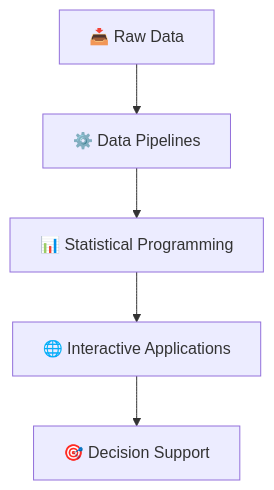
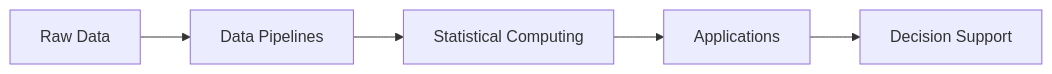
The diagram in README.md (jeanmendes-dev/jeanmendes-dev), drawn with Mermaid before and after one commit. The commit also changed other lines of this file, not shown here.

````diff
--- a/README.md
+++ b/README.md
@@ -35,14 +32,7 @@
 ```mermaid
-flowchart TD
-
-A["📥 Raw Data"]
-B["⚙️ Data Pipelines"]
-C["📊 Statistical Programming"]
-D["🌐 Interactive Applications"]
-E["🎯 Decision Support"]
-
-A --> B
-B --> C
-C --> D
-D --> E
+flowchart LR
+    A["Raw Data"] --> B["Data Pipelines"]
+    B --> C["Statistical Computing"]
+    C --> D["Applications"]
+    D --> E["Decision Support"]
 ```
````
